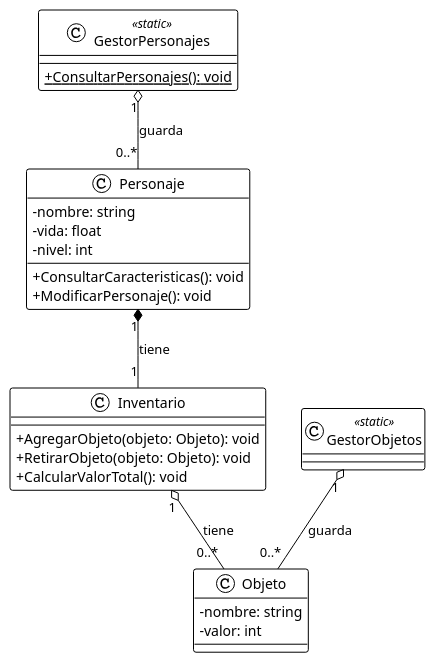
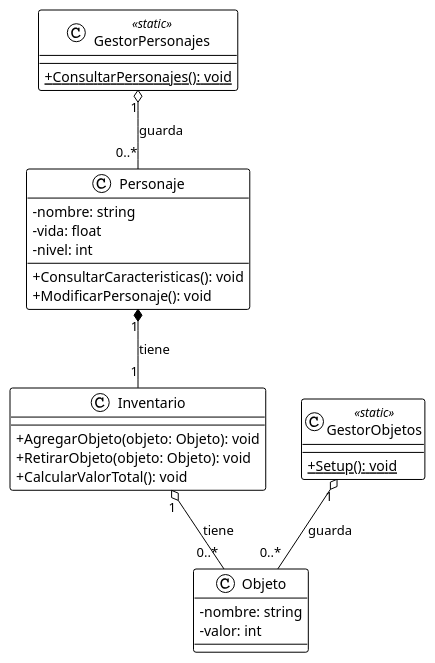
One commit to JoseVahosUPB/EjercicioGestorPersonajesRepo changed the diagram in Diagrams/Diagrama de clases.puml. Above: the diagram before and after it, drawn with PlantUML. The commit also changed 2 other files, not shown here.

Commit message:
Setup de objetos

```diff
--- a/Diagrams/Diagrama de clases.puml
+++ b/Diagrams/Diagrama de clases.puml
@@ -1,35 +1,35 @@
 @startuml
 skinparam classAttributeIconSize 0
 !theme plain
 
 class GestorPersonajes <<static>>{
     {static} +ConsultarPersonajes(): void
 }
 class GestorObjetos <<static>>{
-
+    {static} +Setup(): void
 }
 class Personaje{
     -nombre: string
     -vida: float
     -nivel: int
     +ConsultarCaracteristicas(): void
     +ModificarPersonaje(): void
 }
 class Inventario{
     +AgregarObjeto(objeto: Objeto): void
     +RetirarObjeto(objeto: Objeto): void
     +CalcularValorTotal(): void
 }
 class Objeto{
     -nombre: string
     -valor: int
 }
 
 GestorPersonajes "1" o-- "0..*" Personaje: guarda
 GestorObjetos "1" o-- "0..*" Objeto: guarda
 
 Personaje "1" *-- "1" Inventario: tiene
 
 Inventario "1" o-- "0..*" Objeto: tiene
 
 @enduml
```
